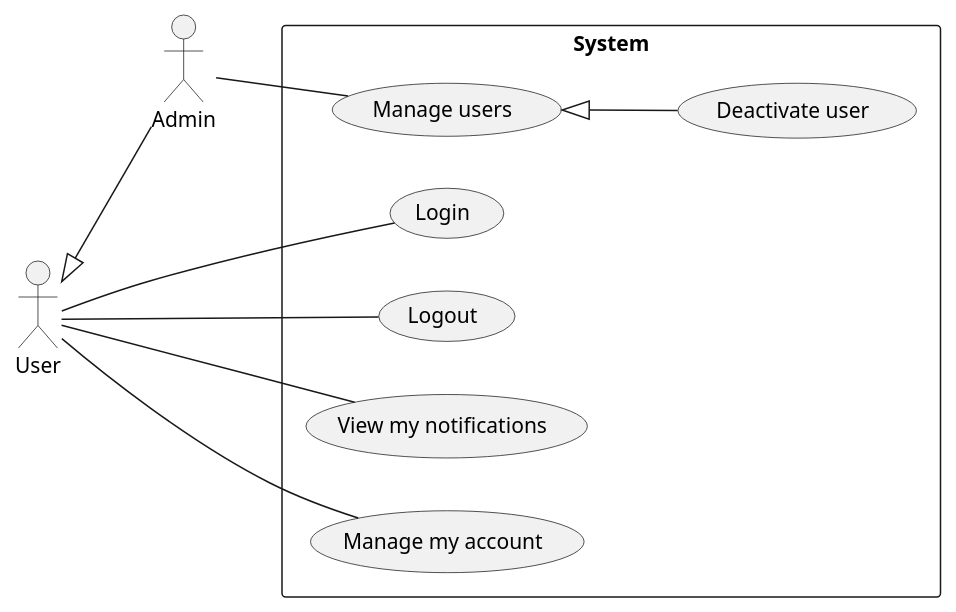
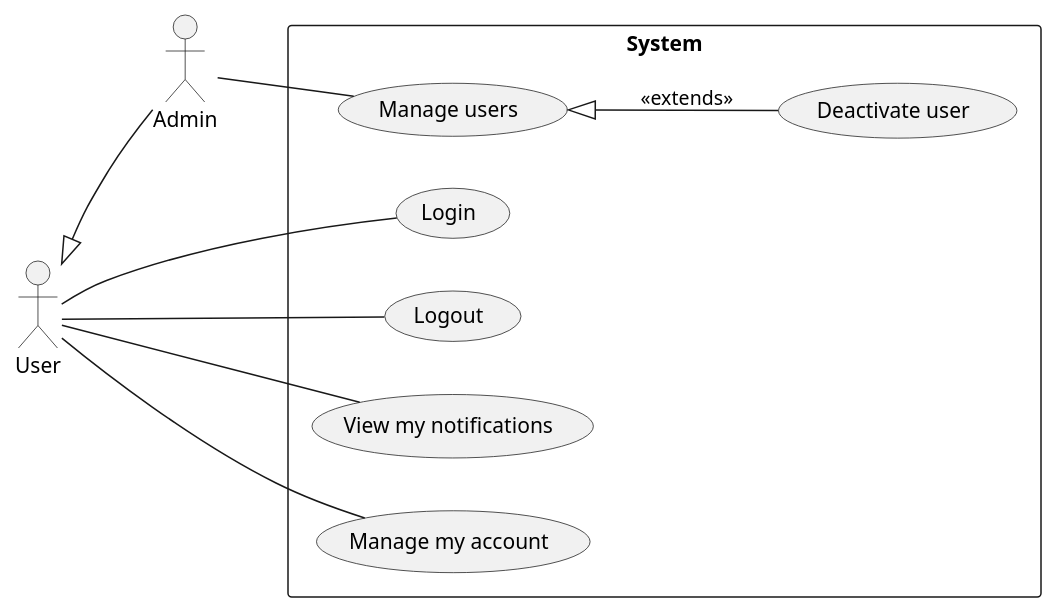
The diagram in Lab1/Lab1.2/use-cases/admin.plantuml (phihungha/SE357-Practice-class), drawn with PlantUML before and after one commit. The commit also changed 21 other files, not shown here.

Commit message:
Reduce use case number and split class diagram

```diff
--- a/Lab1/Lab1.2/use-cases/admin.plantuml
+++ b/Lab1/Lab1.2/use-cases/admin.plantuml
@@ -1,17 +1,17 @@
-@startuml Admin
+@startuml admin
 left to right direction
 
 :Admin: as ad
 :User: as u
 u <|-- ad
 
 rectangle System {
     u -- (Login)
     u -- (Logout)
     u -- (View my notifications)
     u -- (Manage my account)
 
     ad -- (Manage users)
-    (Manage users) <|-- (Deactivate user)
+    (Manage users) <|-- (Deactivate user) : <<extends>>
 }
 @enduml
```
